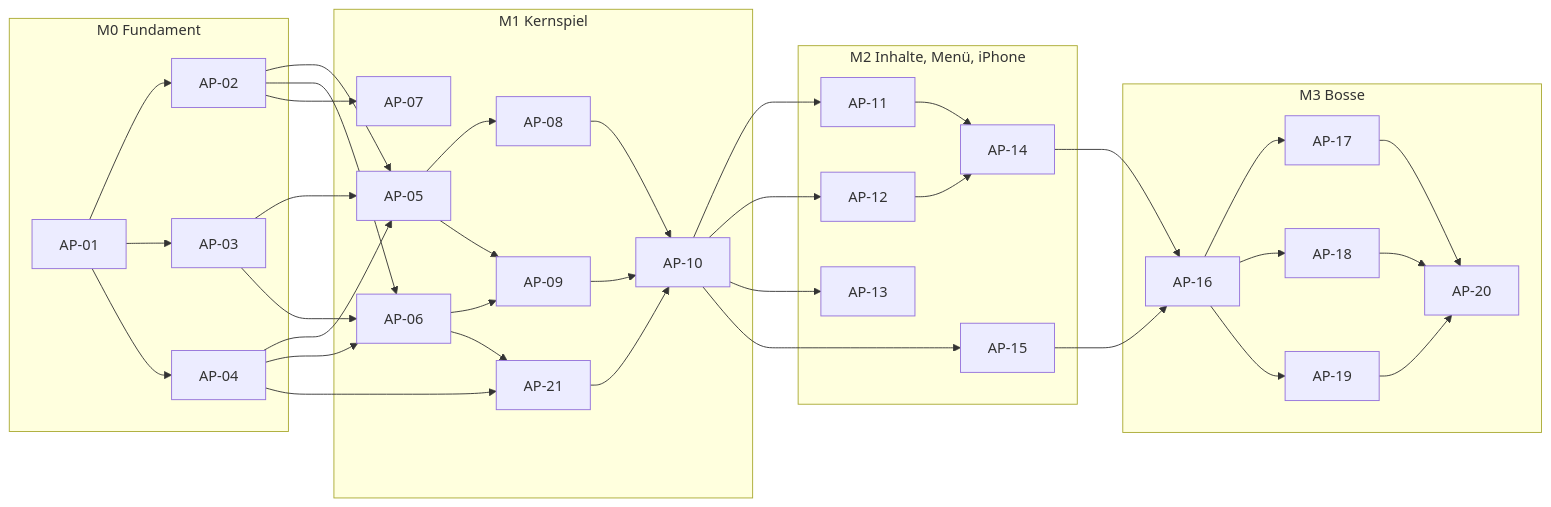
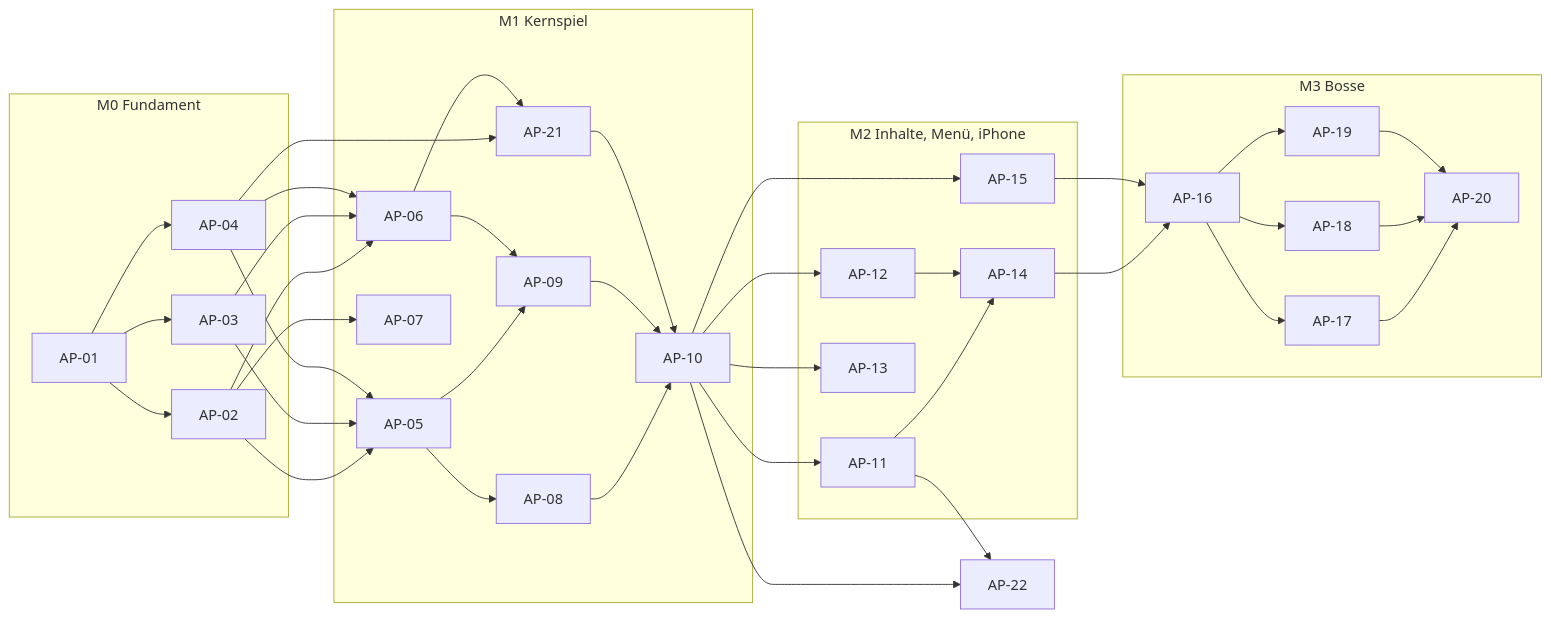
One commit to CemDCoding/360shooter changed the third of 3 diagrams in docs/masterBuildPlan.md. Above: the diagram before and after it, drawn with Mermaid. The commit also changed other lines of this file, not shown here.

````diff
--- a/docs/masterBuildPlan.md
+++ b/docs/masterBuildPlan.md
@@ -596,28 +600,29 @@
 ```mermaid
 flowchart LR
   subgraph M0["M0 Fundament"]
     AP01["AP-01"] --> AP02["AP-02"] & AP03["AP-03"] & AP04["AP-04"]
   end
   subgraph M1["M1 Kernspiel"]
     AP05["AP-05"] --> AP08["AP-08"] & AP09["AP-09"]
     AP06["AP-06"] --> AP09
     AP08 & AP09 & AP21 --> AP10["AP-10"]
     AP07["AP-07"]
     AP21["AP-21"]
   end
   subgraph M2["M2 Inhalte, Menü, iPhone"]
     AP11["AP-11"] --> AP14["AP-14"]
     AP12["AP-12"] --> AP14
     AP13["AP-13"]
     AP15["AP-15"]
   end
   subgraph M3["M3 Bosse"]
     AP16["AP-16"] --> AP17["AP-17"] & AP18["AP-18"] & AP19["AP-19"]
     AP17 & AP18 & AP19 --> AP20["AP-20"]
   end
   AP02 & AP03 & AP04 --> AP05 & AP06
   AP02 --> AP07
   AP04 & AP06 --> AP21
   AP10 --> AP11 & AP12 & AP13 & AP15
   AP14 & AP15 --> AP16
+  AP10 & AP11 --> AP22["AP-22"]
 ```
````
